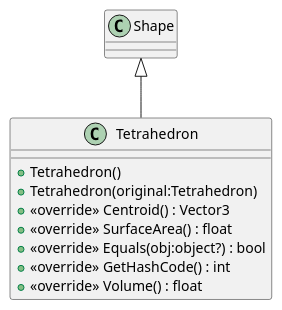
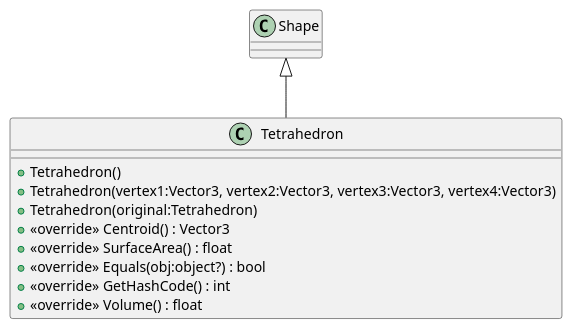
Before and after one commit to Pepperoni2/GeometryLibraryCsharp: the diagram in plantuml/GeometryLibrary/Tetrahedron.puml, drawn with PlantUML. The commit also changed 12 other files, not shown here.

```diff
--- a/plantuml/GeometryLibrary/Tetrahedron.puml
+++ b/plantuml/GeometryLibrary/Tetrahedron.puml
@@ -1,12 +1,13 @@
 @startuml
 class Tetrahedron {
     + Tetrahedron()
+    + Tetrahedron(vertex1:Vector3, vertex2:Vector3, vertex3:Vector3, vertex4:Vector3)
     + Tetrahedron(original:Tetrahedron)
     + <<override>> Centroid() : Vector3
     + <<override>> SurfaceArea() : float
     + <<override>> Equals(obj:object?) : bool
     + <<override>> GetHashCode() : int
     + <<override>> Volume() : float
 }
 Shape <|-- Tetrahedron
 @enduml
```
